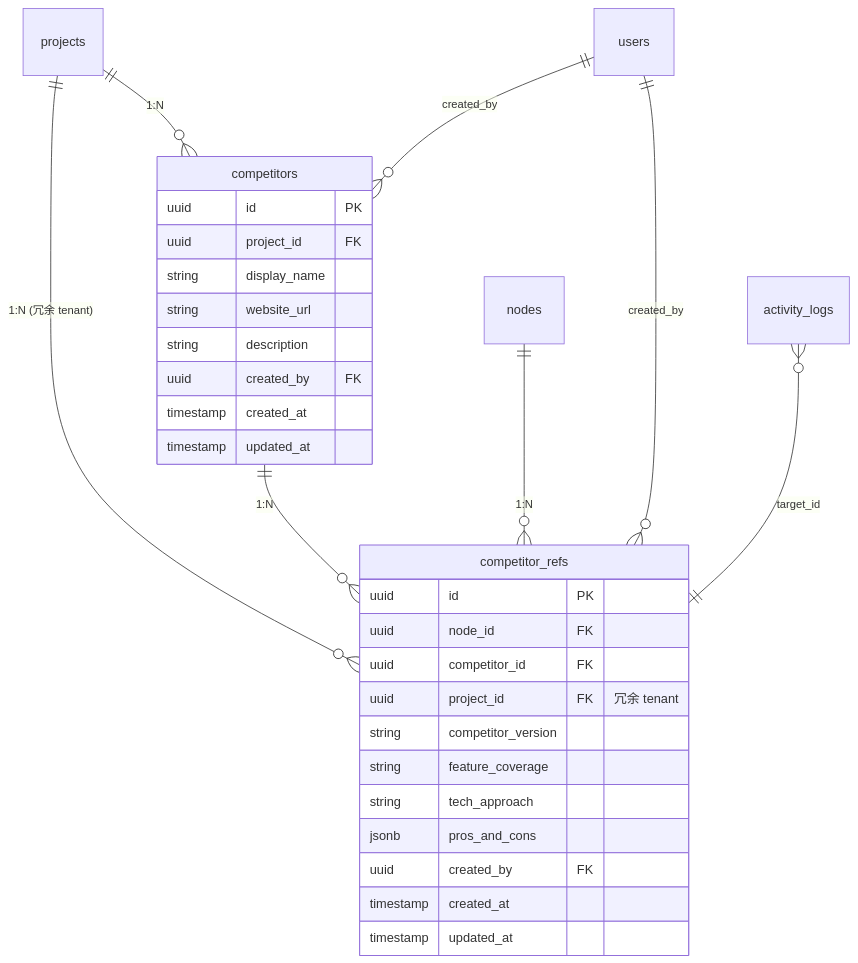
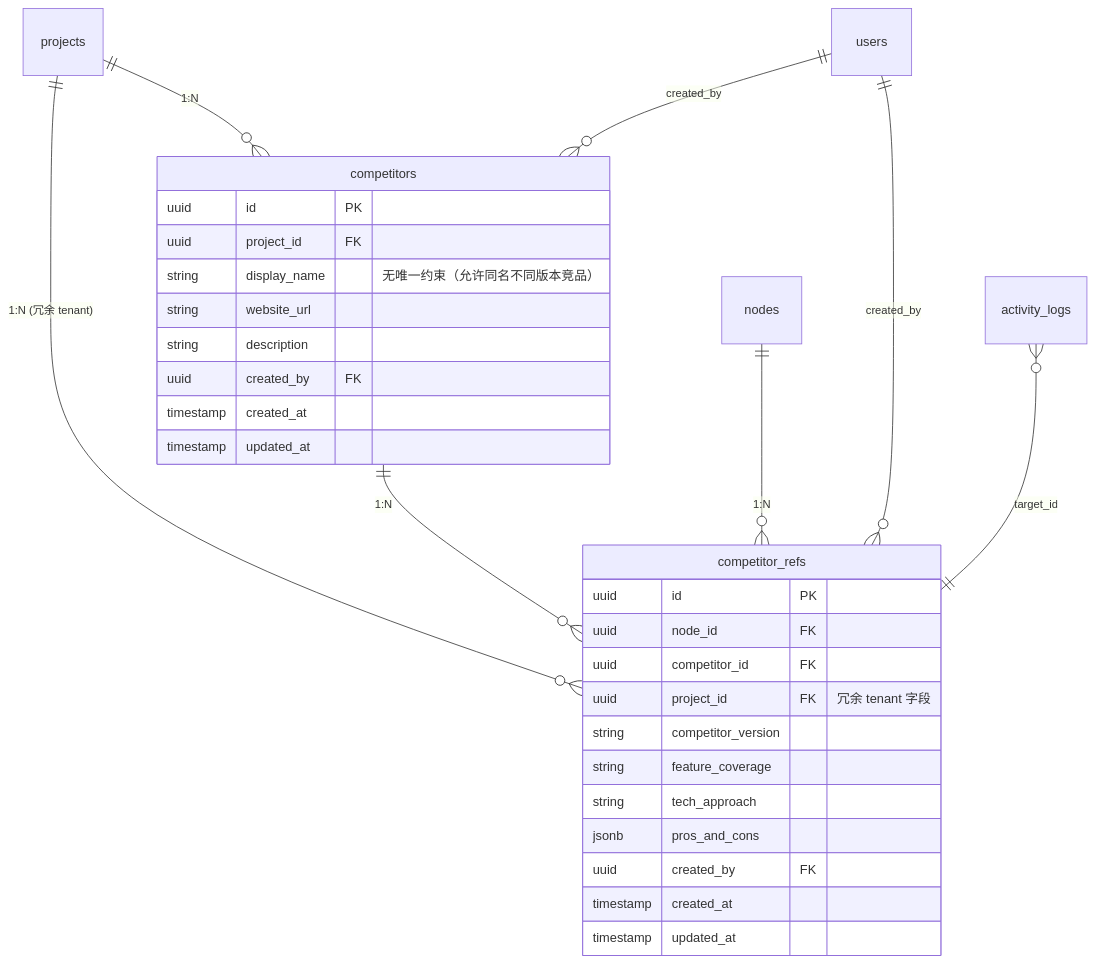
Before and after one commit to CY1005/prism-0420: the second of 2 diagrams in design/02-modules/M06-competitor/00-design.md, drawn with Mermaid. The commit also changed other lines of this file and 11 other files, not shown here.

````diff
--- a/design/02-modules/M06-competitor/00-design.md
+++ b/design/02-modules/M06-competitor/00-design.md
@@ -153,35 +142,35 @@
 ```mermaid
 erDiagram
     projects ||--o{ competitors : "1:N"
     projects ||--o{ competitor_refs : "1:N (冗余 tenant)"
     competitors ||--o{ competitor_refs : "1:N"
     nodes ||--o{ competitor_refs : "1:N"
     users ||--o{ competitor_refs : "created_by"
     users ||--o{ competitors : "created_by"
     activity_logs }o--|| competitor_refs : "target_id"
 
     competitors {
         uuid id PK
         uuid project_id FK
-        string display_name
+        string display_name "无唯一约束（允许同名不同版本竞品）"
         string website_url
         string description
         uuid created_by FK
         timestamp created_at
         timestamp updated_at
     }
 
     competitor_refs {
         uuid id PK
         uuid node_id FK
         uuid competitor_id FK
-        uuid project_id FK "冗余 tenant"
+        uuid project_id FK "冗余 tenant 字段"
         string competitor_version
         string feature_coverage
         string tech_approach
         jsonb pros_and_cons
         uuid created_by FK
         timestamp created_at
         timestamp updated_at
     }
 ```
````
